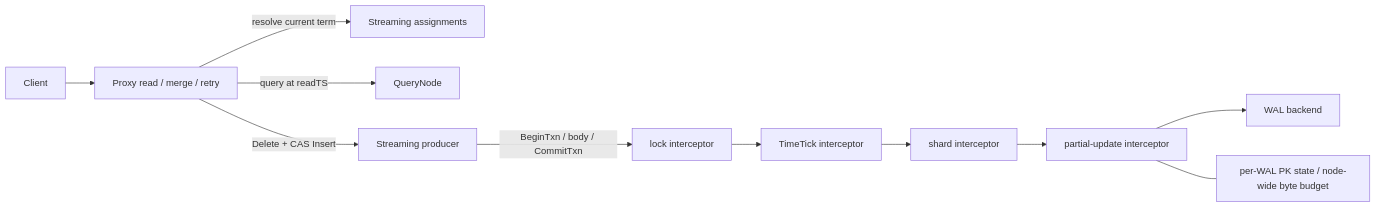
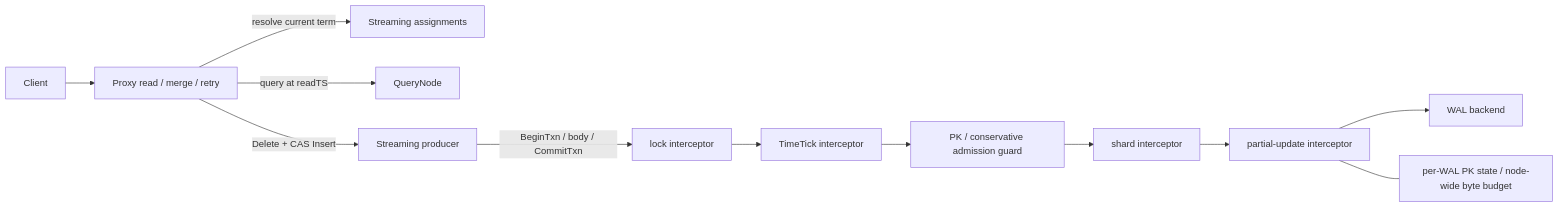
One commit to milvus-io/milvus changed the first of 2 diagrams in docs/design-docs/design_docs/20260601-partial-update-optimistic-lock-design.md. Above: the diagram before and after it, drawn with Mermaid. The commit also changed other lines of this file and 13 other files, not shown here.

````diff
--- a/docs/design-docs/design_docs/20260601-partial-update-optimistic-lock-design.md
+++ b/docs/design-docs/design_docs/20260601-partial-update-optimistic-lock-design.md
@@ -194,13 +209,14 @@
 ```mermaid
 flowchart LR
     Client[Client] --> Proxy[Proxy read / merge / retry]
     Proxy -->|resolve current term| Assignment[Streaming assignments]
     Proxy -->|query at readTS| QueryNode[QueryNode]
     Proxy -->|Delete + CAS Insert| Producer[Streaming producer]
     Producer -->|BeginTxn / body / CommitTxn| Lock[lock interceptor]
     Lock --> TimeTick[TimeTick interceptor]
-    TimeTick --> Shard[shard interceptor]
+    TimeTick --> Guard[PK / conservative admission guard]
+    Guard --> Shard[shard interceptor]
     Shard --> CAS[partial-update interceptor]
     CAS --> WAL[WAL backend]
     CAS --- Index[per-WAL PK state / node-wide byte budget]
 ```
````
